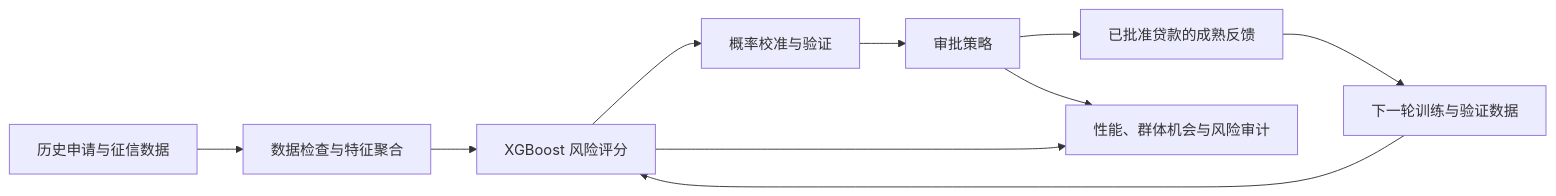
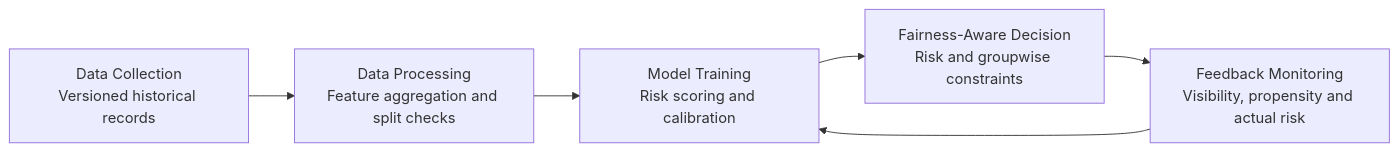
The diagram in README.md (zjh-hao/Big-Data-Algorithmic-Discrimination-Experiment), drawn with Mermaid before and after one commit. The commit also changed other lines of this file and 15 other files, not shown here.

````diff
--- a/README.md
+++ b/README.md
@@ -69,12 +267,8 @@
 ```mermaid
 flowchart LR
-    A[历史申请与征信数据] --> B[数据检查与特征聚合]
-    B --> C[XGBoost 风险评分]
-    C --> D[概率校准与验证]
-    D --> E[审批策略]
-    E --> F[已批准贷款的成熟反馈]
-    F --> G[下一轮训练与验证数据]
-    G --> C
-    C --> H[性能、群体机会与风险审计]
-    E --> H
+    A[Data Collection<br/>Versioned historical records] --> B[Data Processing<br/>Feature aggregation and split checks]
+    B --> C[Model Training<br/>Risk scoring and calibration]
+    C --> D[Fairness-Aware Decision<br/>Risk and groupwise constraints]
+    D --> E[Feedback Monitoring<br/>Visibility, propensity and actual risk]
+    E --> C
 ```
````
